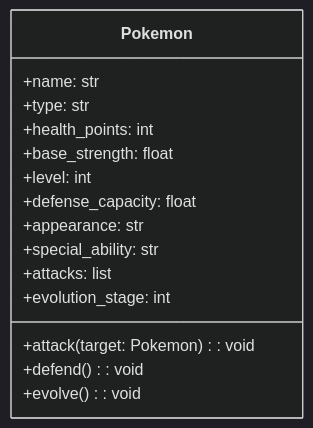
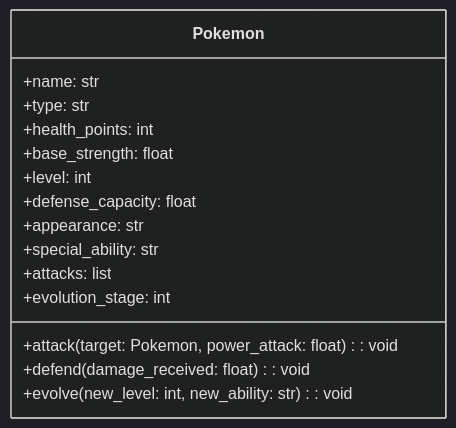
One commit to SamuelRojas09/POKE changed the diagram in README.md. Above: the diagram before and after it, drawn with Mermaid (dark theme).

````diff
--- a/README.md
+++ b/README.md
@@ -109,21 +109,19 @@
 ```mermaid
 classDiagram
-    direction TB
-
     class Pokemon {
         +name: str
         +type: str
         +health_points: int
         +base_strength: float
         +level: int
         +defense_capacity: float
         +appearance: str
         +special_ability: str
         +attacks: list
         +evolution_stage: int
 
-        +attack(target: Pokemon): void
-        +defend(): void
-        +evolve(): void
+        +attack(target: Pokemon, power_attack: float): void
+        +defend(damage_received: float): void
+        +evolve(new_level: int, new_ability: str): void
     }
 ```
````
